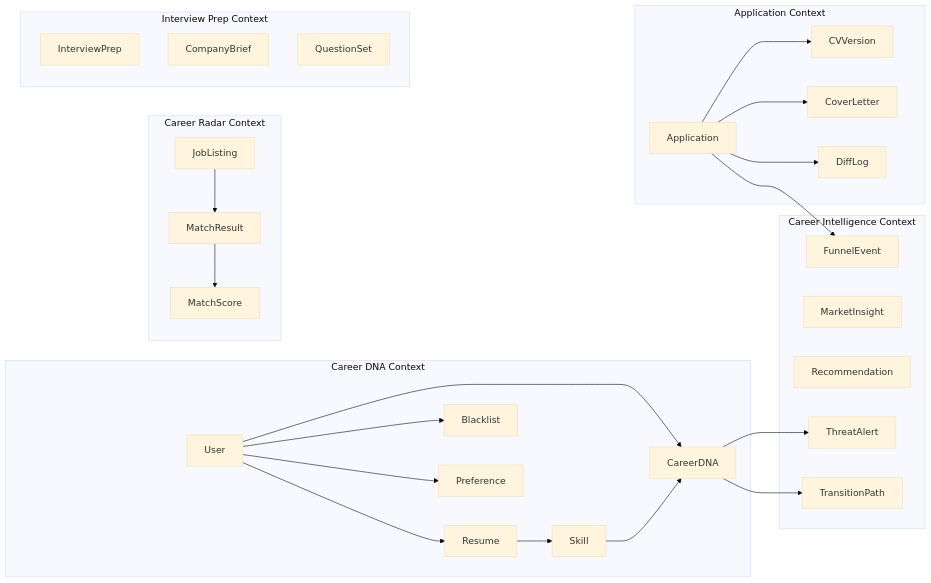
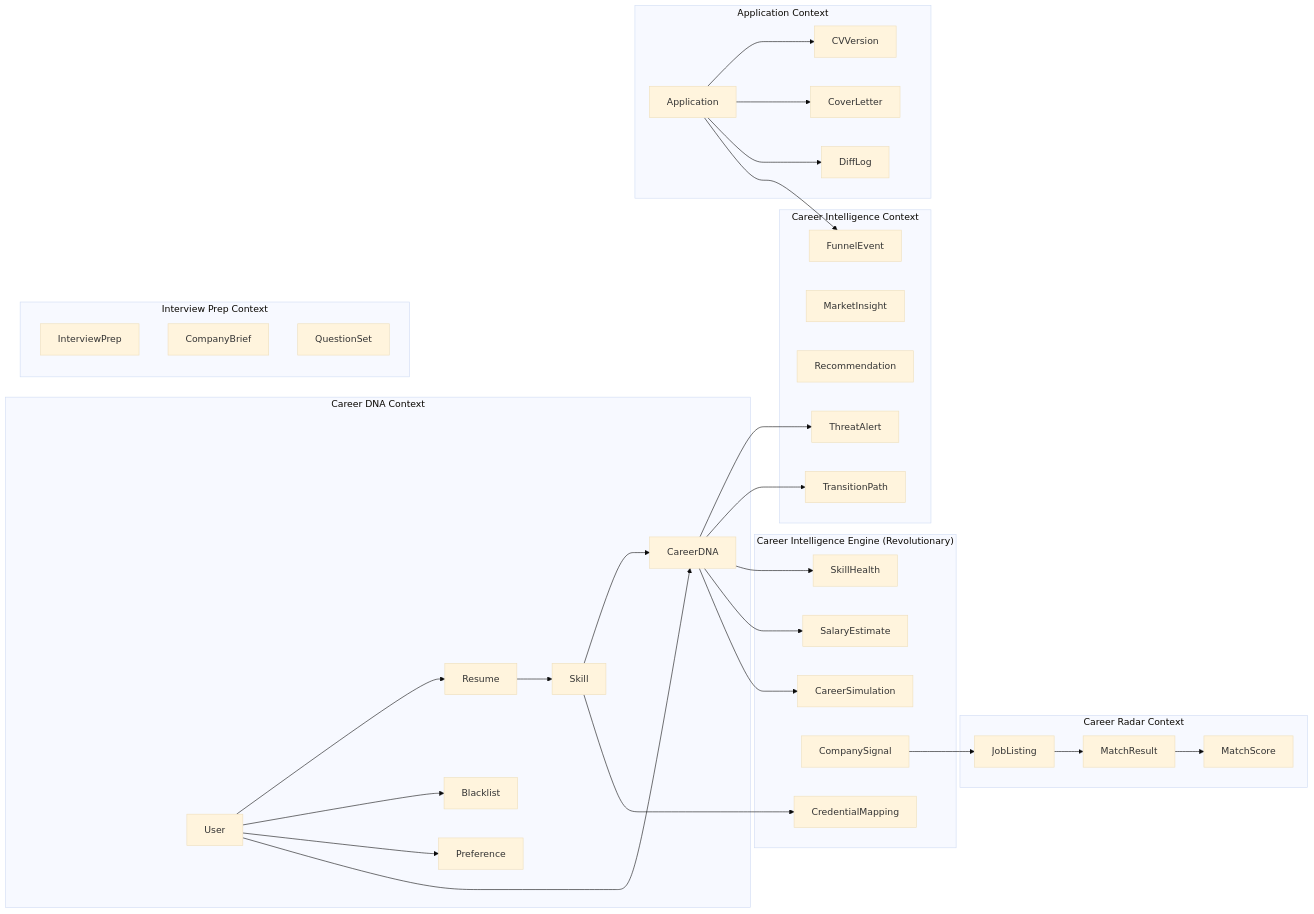
One commit to pathforge-labs/PathForge changed the diagram in docs/architecture/ARCHITECTURE.md. Above: the diagram before and after it, drawn with Mermaid (base theme). The commit also changed other lines of this file and 1 other file, not shown here.

First line of the commit message:
arch: integrate 7 revolutionary features into ARCHITECTURE.md v2.0.0

````diff
--- a/docs/architecture/ARCHITECTURE.md
+++ b/docs/architecture/ARCHITECTURE.md
@@ -232,53 +301,66 @@
 ```mermaid
 graph LR
     subgraph "Career DNA Context"
         USER["User"]
         RESUME["Resume"]
         SKILL["Skill"]
         BLACKLIST["Blacklist"]
         PREFERENCE["Preference"]
         CAREERDNA["CareerDNA"]
     end
 
     subgraph "Career Radar Context"
         JOBLISTING["JobListing"]
         MATCHRESULT["MatchResult"]
         MATCHSCORE["MatchScore"]
     end
 
     subgraph "Application Context"
         APPLICATION["Application"]
         CVVERSION["CVVersion"]
         COVERLETTER["CoverLetter"]
         DIFFLOG["DiffLog"]
     end
 
     subgraph "Interview Prep Context"
         INTERVIEWPREP["InterviewPrep"]
         COMPANYBRIEF["CompanyBrief"]
         QUESTIONSET["QuestionSet"]
     end
 
     subgraph "Career Intelligence Context"
         FUNNELEVENT["FunnelEvent"]
         MARKETINSIGHT["MarketInsight"]
         RECOMMENDATION["Recommendation"]
         THREATALERT["ThreatAlert"]
         TRANSITIONPATH["TransitionPath"]
     end
 
+    subgraph "Career Intelligence Engine (Revolutionary)"
+        SKILLHEALTH["SkillHealth"]
+        SALARYESTIMATE["SalaryEstimate"]
+        CAREERSIM["CareerSimulation"]
+        COMPANYSIGNAL["CompanySignal"]
+        CREDENTIALMAP["CredentialMapping"]
+    end
+
     USER --> RESUME
     USER --> BLACKLIST
     USER --> PREFERENCE
     USER --> CAREERDNA
     RESUME --> SKILL
     SKILL --> CAREERDNA
     JOBLISTING --> MATCHRESULT
     MATCHRESULT --> MATCHSCORE
     APPLICATION --> CVVERSION
     APPLICATION --> COVERLETTER
     APPLICATION --> DIFFLOG
     APPLICATION --> FUNNELEVENT
     CAREERDNA --> THREATALERT
     CAREERDNA --> TRANSITIONPATH
+    CAREERDNA --> SKILLHEALTH
+    CAREERDNA --> SALARYESTIMATE
+    CAREERDNA --> CAREERSIM
+    COMPANYSIGNAL --> JOBLISTING
+    SKILL --> CREDENTIALMAP
 ```
````
